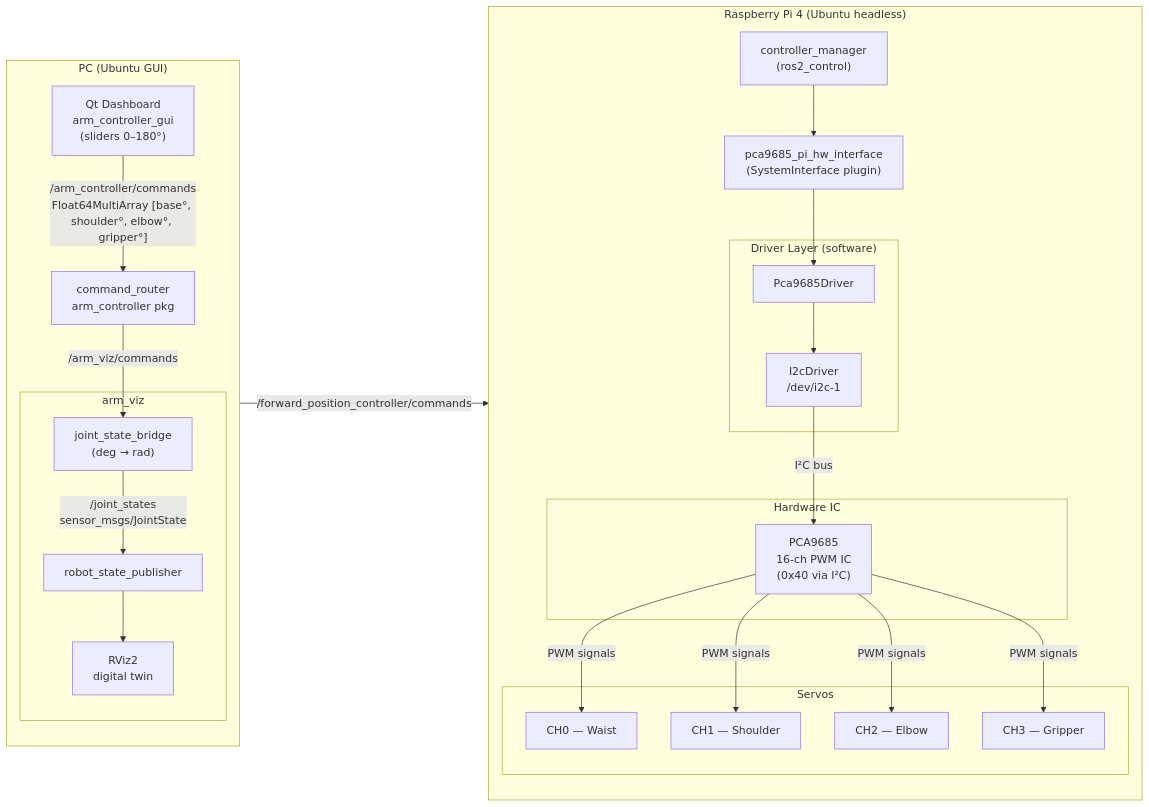
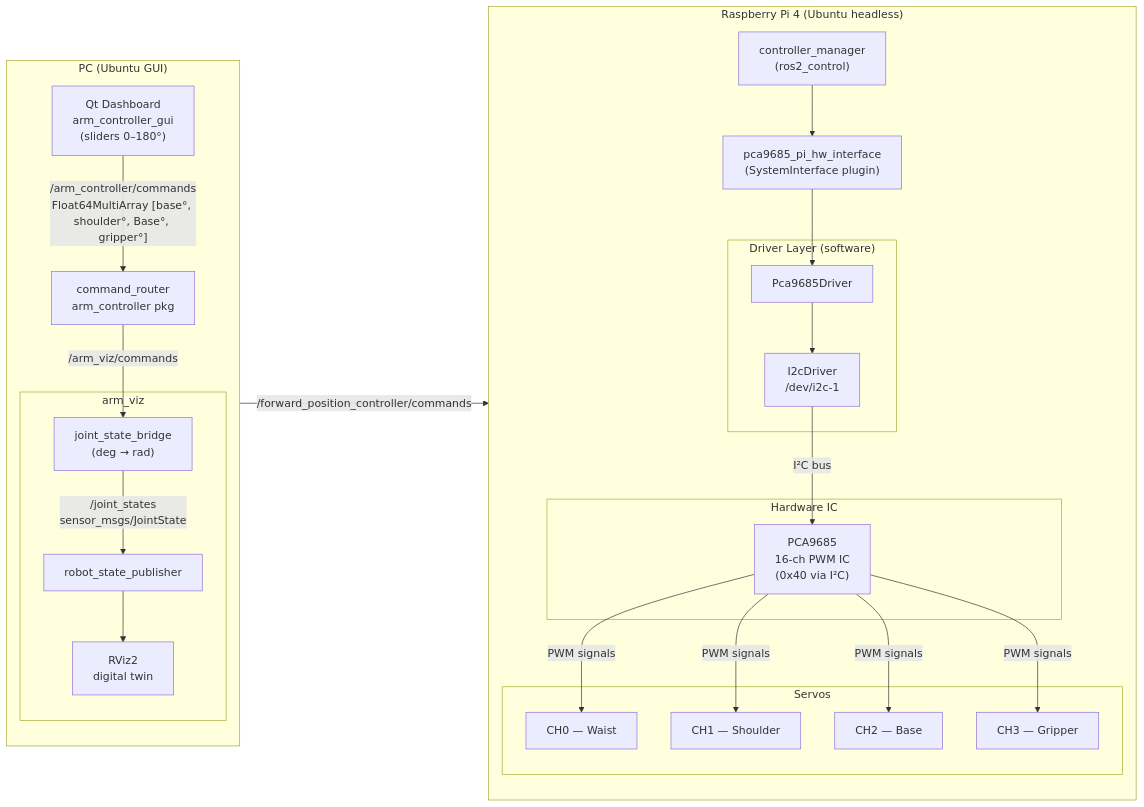
One commit to Dhouhaga/4DOF-Robotic-Arm-ROS2-QT-CPP changed the diagram in README.md. Above: the diagram before and after it, drawn with Mermaid. The commit also changed other lines of this file, not shown here.

````diff
--- a/README.md
+++ b/README.md
@@ -36,43 +36,43 @@
 ```mermaid
 flowchart LR
     subgraph PC["PC (Ubuntu GUI)"]
         direction TB
         QT["Qt Dashboard\narm_controller_gui\n(sliders 0–180°)"]
         Router["command_router\narm_controller pkg"]
         subgraph VIZ["arm_viz"]
             Bridge["joint_state_bridge\n(deg → rad)"]
             RSP["robot_state_publisher"]
             RViz["RViz2\ndigital twin"]
         end
     end
 
     subgraph PI["Raspberry Pi 4  (Ubuntu headless)"]
         direction TB
         CM["controller_manager\n(ros2_control)"]
         HW["pca9685_pi_hw_interface\n(SystemInterface plugin)"]
         subgraph DRIVER["Driver Layer (software)"]
             PCA_DRV["Pca9685Driver"]
             I2C["I2cDriver\n/dev/i2c-1"]
         end
         subgraph IC["Hardware IC"]
             PCA9685["PCA9685\n16-ch PWM IC\n(0x40 via I²C)"]
         end
         subgraph SERVO["Servos"]
             S1["CH0 — Waist"]
             S2["CH1 — Shoulder"]
-            S3["CH2 — Elbow"]
+            S3["CH2 — Base"]
             S4["CH3 — Gripper"]
         end
     end
 
-    QT -->|"/arm_controller/commands\nFloat64MultiArray [base°, shoulder°, elbow°, gripper°]"| Router
+    QT -->|"/arm_controller/commands\nFloat64MultiArray [base°, shoulder°, Base°, gripper°]"| Router
     Router -->|"/forward_position_controller/commands"| CM
     Router -->|"/arm_viz/commands"| Bridge
     Bridge -->|"/joint_states\nsensor_msgs/JointState"| RSP
     RSP --> RViz
     CM --> HW
     HW --> PCA_DRV
     PCA_DRV --> I2C
     I2C -->|"I²C bus"| PCA9685
     PCA9685 -->|"PWM signals"| S1 & S2 & S3 & S4
 ```
````
